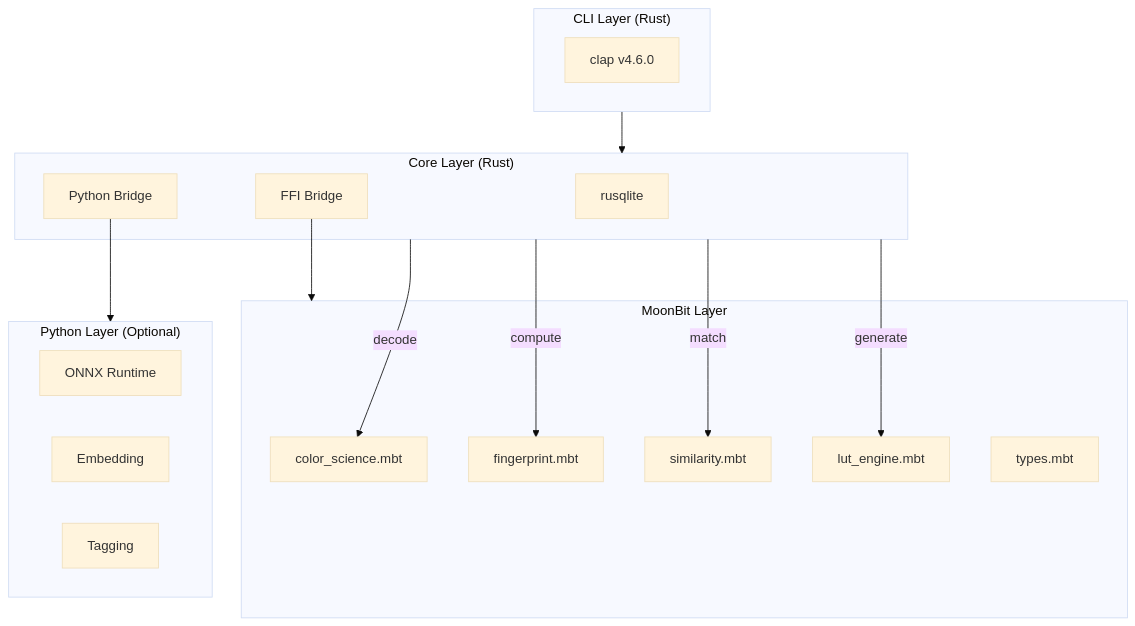
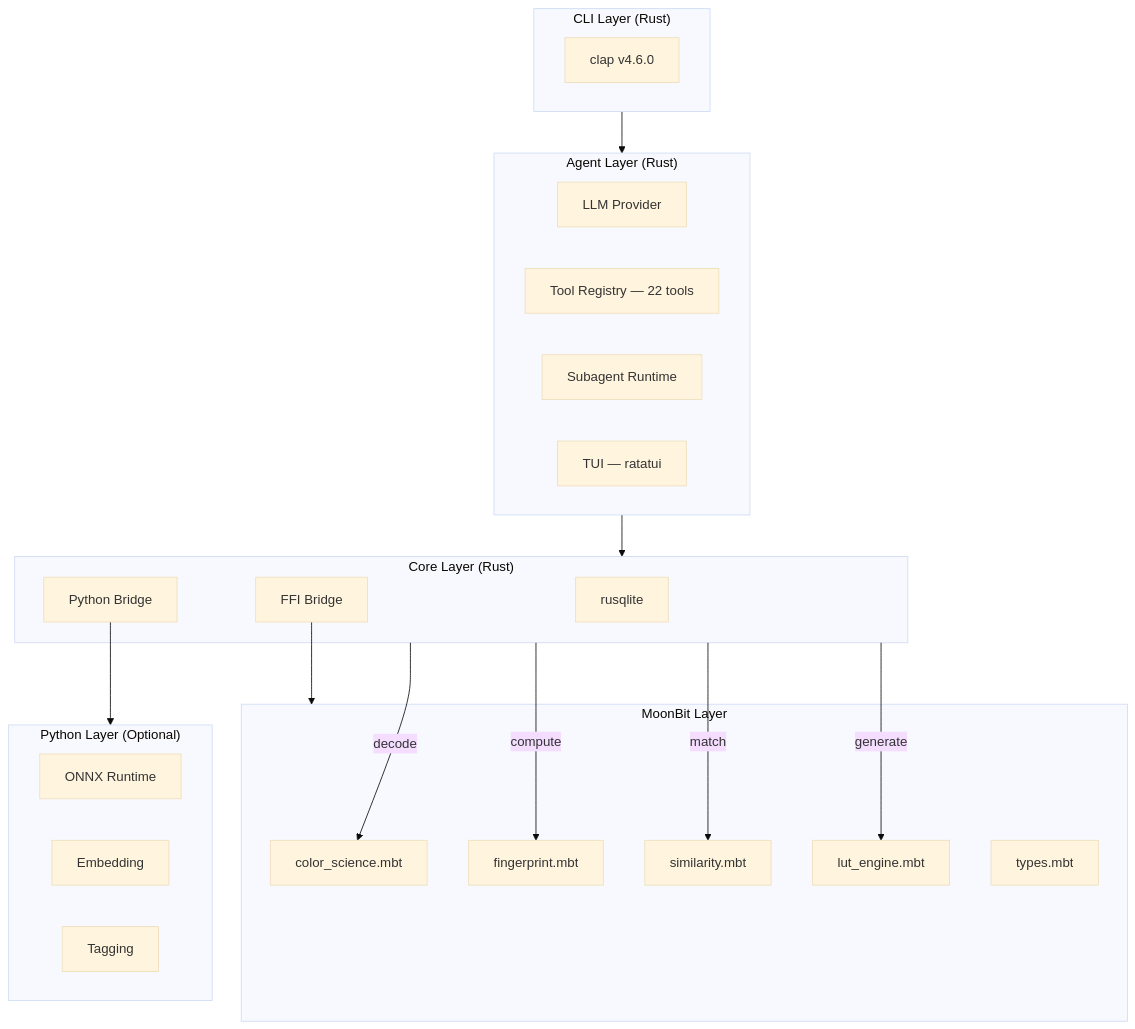
One commit to MaoDingA/mengxi changed the first of 2 diagrams in README.md. Above: the diagram before and after it, drawn with Mermaid (base theme). The commit also changed other lines of this file, not shown here.

First line of the commit message:
feat(agent): 增加智能对话代理及对应架构支持

````diff
--- a/README.md
+++ b/README.md
@@ -44,34 +46,42 @@
 ```mermaid
 flowchart TD
     subgraph CLI["CLI Layer (Rust)"]
         A[clap v4.6.0]
+    end
+
+    subgraph Agent["Agent Layer (Rust)"]
+        M[LLM Provider]
+        N[Tool Registry — 22 tools]
+        O[Subagent Runtime]
+        P[TUI — ratatui]
     end
 
     subgraph Core["Core Layer (Rust)"]
         B[rusqlite]
         C[FFI Bridge]
         D[Python Bridge]
     end
 
     subgraph MoonBit["MoonBit Layer"]
         E[color_science.mbt]
         F[fingerprint.mbt]
         G[similarity.mbt]
         H[lut_engine.mbt]
         I[types.mbt]
     end
 
     subgraph Python["Python Layer (Optional)"]
         J[ONNX Runtime]
         K[Embedding]
         L[Tagging]
     end
 
-    CLI --> Core
+    CLI --> Agent
+    Agent --> Core
     C --> MoonBit
     D --> Python
     Core -->|decode| E
     Core -->|compute| F
     Core -->|match| G
     Core -->|generate| H
 ```
````
